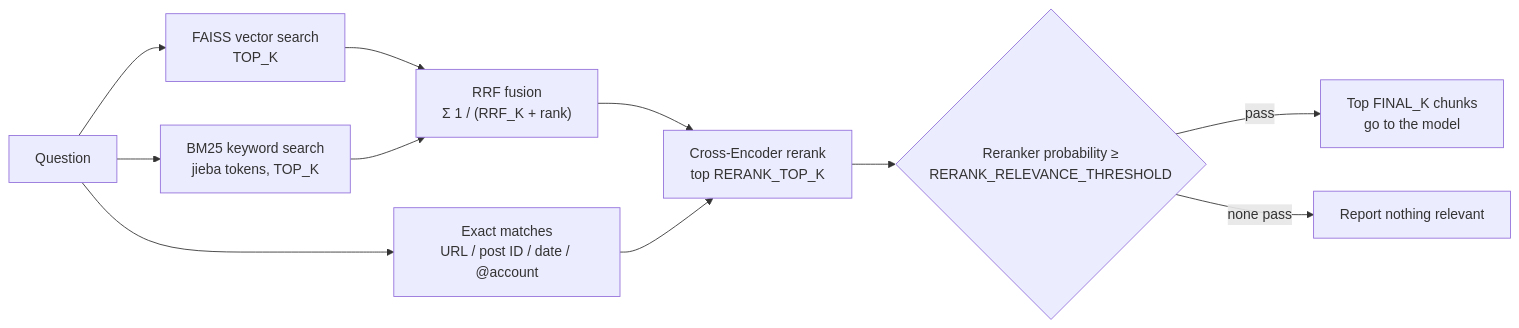
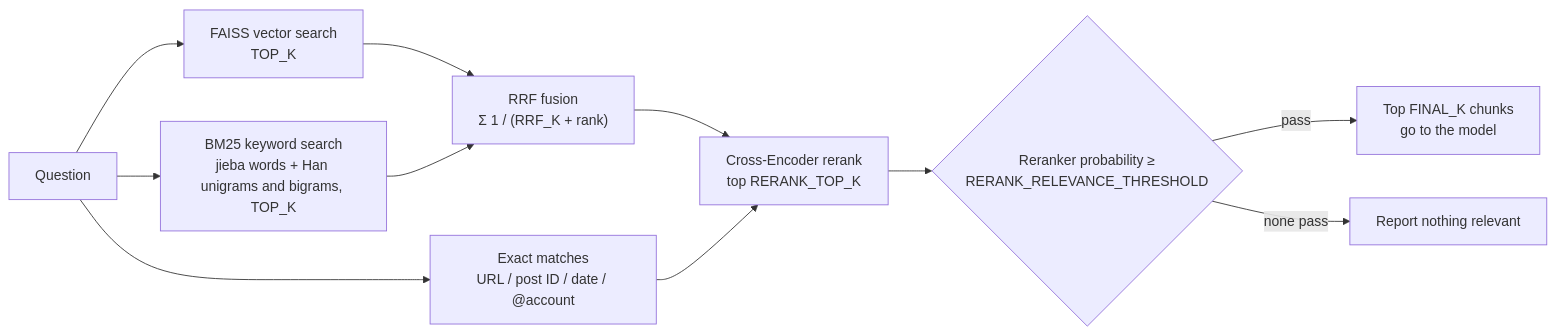
One commit to Scorpio-meow/AskMiao changed the first of 3 diagrams in README_en.md. Above: the diagram before and after it, drawn with Mermaid. The commit also changed other lines of this file and 163 other files, not shown here.

````diff
--- a/README_en.md
+++ b/README_en.md
@@ -128,13 +128,13 @@
 ```mermaid
 flowchart LR
     Q["Question"] --> V["FAISS vector search<br/>TOP_K"]
-    Q --> B["BM25 keyword search<br/>jieba tokens, TOP_K"]
+    Q --> B["BM25 keyword search<br/>jieba words + Han unigrams and bigrams, TOP_K"]
     Q --> E["Exact matches<br/>URL / post ID / date / @account"]
     V --> F["RRF fusion<br/>Σ 1 / (RRF_K + rank)"]
     B --> F
     F --> R["Cross-Encoder rerank<br/>top RERANK_TOP_K"]
     E --> R
     R --> T{"Reranker probability ≥<br/>RERANK_RELEVANCE_THRESHOLD"}
     T -->|pass| K["Top FINAL_K chunks<br/>go to the model"]
     T -->|none pass| N["Report nothing relevant"]
 ```
````
